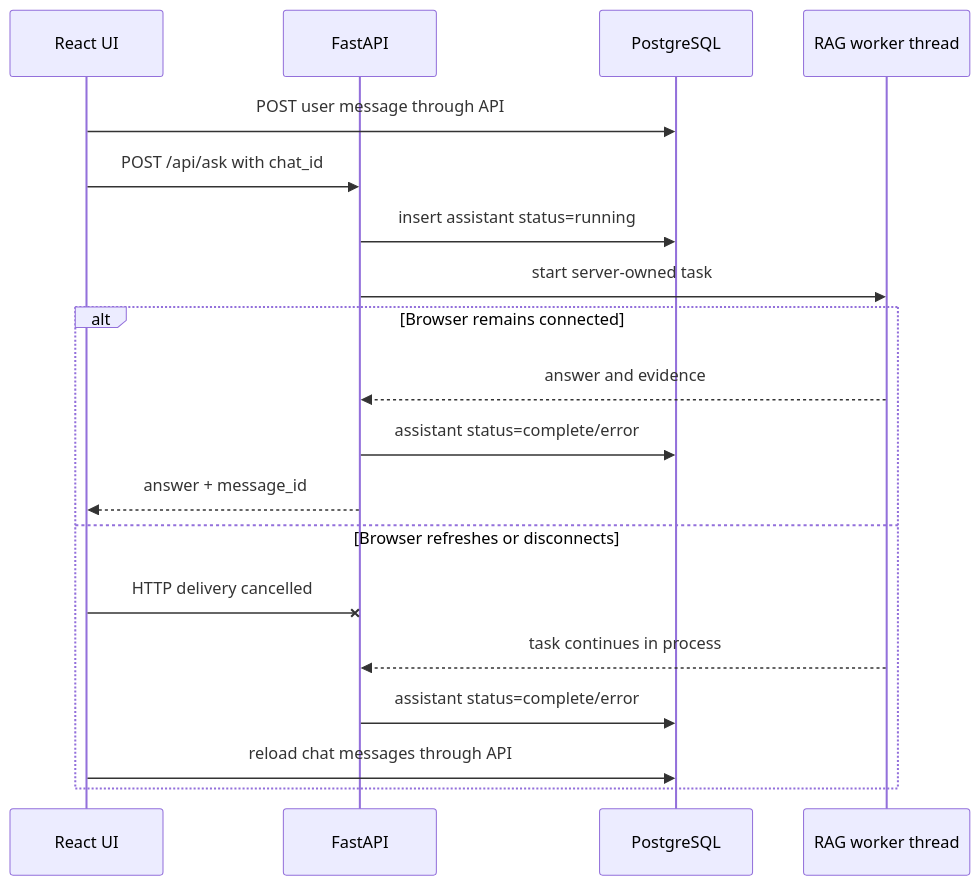
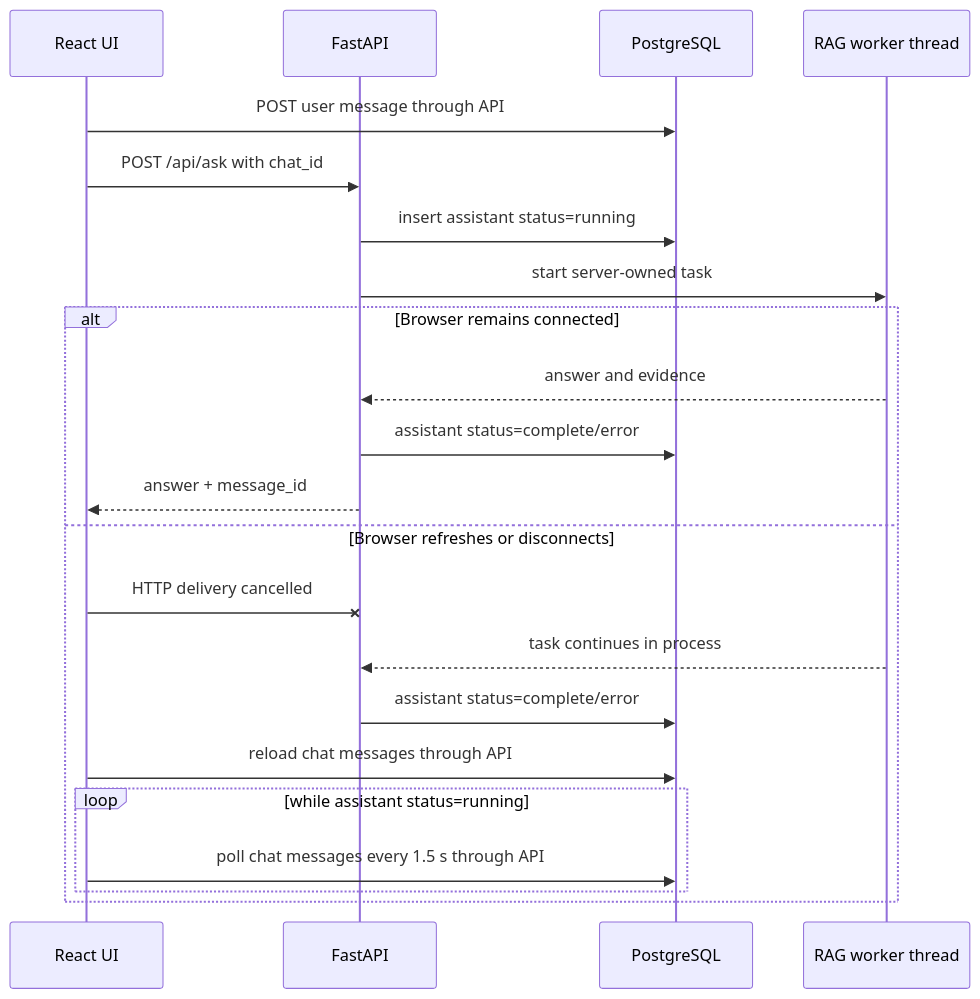
One commit to Gotrik1/rag_llm changed the third of 3 diagrams in architecture.md. Above: the diagram before and after it, drawn with Mermaid. The commit also changed 14 other files, not shown here.

````diff
--- a/architecture.md
+++ b/architecture.md
@@ -67,21 +67,24 @@
 ```mermaid
 sequenceDiagram
     participant UI as React UI
     participant API as FastAPI
     participant DB as PostgreSQL
     participant RAG as RAG worker thread
     UI->>DB: POST user message through API
     UI->>API: POST /api/ask with chat_id
     API->>DB: insert assistant status=running
     API->>RAG: start server-owned task
     alt Browser remains connected
         RAG-->>API: answer and evidence
         API->>DB: assistant status=complete/error
         API-->>UI: answer + message_id
     else Browser refreshes or disconnects
         UI-xAPI: HTTP delivery cancelled
         RAG-->>API: task continues in process
         API->>DB: assistant status=complete/error
         UI->>DB: reload chat messages through API
+        loop while assistant status=running
+            UI->>DB: poll chat messages every 1.5 s through API
+        end
     end
 ```
````
